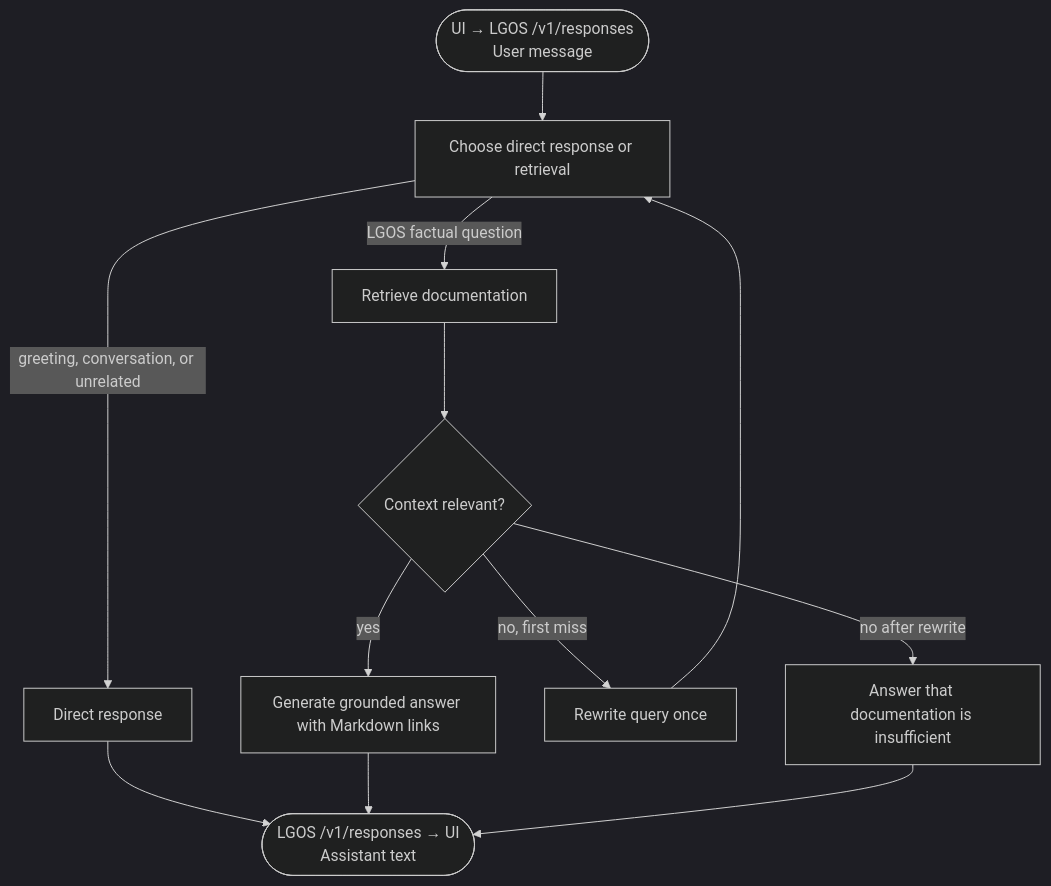
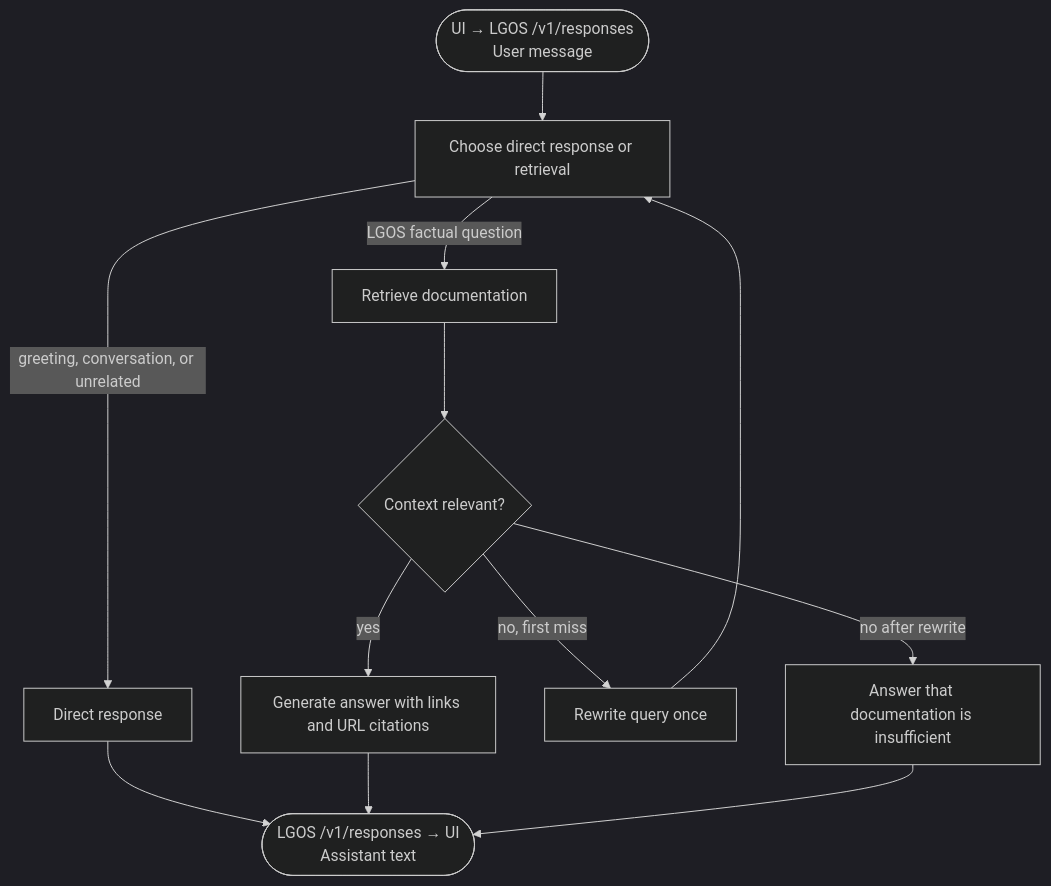
Before and after one commit to ilkersigirci/langgraph-openai-serve: the second of 2 diagrams in docs/demo/graphs/lgos-rag.md, drawn with Mermaid (dark theme). The commit also changed other lines of this file and 4 other files, not shown here.

````diff
--- a/docs/demo/graphs/lgos-rag.md
+++ b/docs/demo/graphs/lgos-rag.md
@@ -25,15 +26,15 @@
 ```mermaid
 flowchart TD
   start(["UI → LGOS /v1/responses<br/>User message"]) --> decide["Choose direct response or retrieval"]
   decide -->|"greeting, conversation, or unrelated"| direct["Direct response"]
   direct --> response(["LGOS /v1/responses → UI<br/>Assistant text"])
 
   decide -->|"LGOS factual question"| retrieve["Retrieve documentation"]
   retrieve --> grade{"Context relevant?"}
-  grade -->|"yes"| answer["Generate grounded answer with Markdown links"]
+  grade -->|"yes"| answer["Generate answer with links and URL citations"]
   answer --> response
   grade -->|"no, first miss"| rewrite["Rewrite query once"]
   rewrite --> decide
   grade -->|"no after rewrite"| no_results["Answer that documentation is insufficient"]
   no_results --> response
 ```
````
